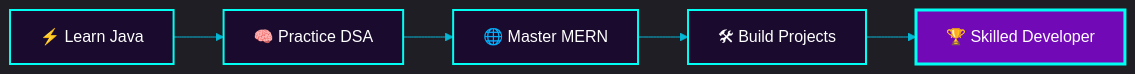
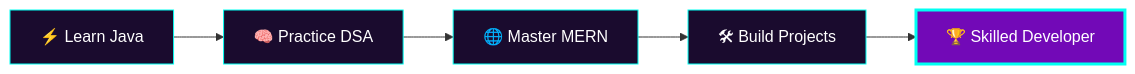
The diagram in README.md (viveknshetty24-rgb/viveknshetty24-rgb), drawn with Mermaid before and after one commit. The commit also changed other lines of this file, not shown here.

````diff
--- a/README.md
+++ b/README.md
@@ -115,14 +102,15 @@
 ```mermaid
-%%{init: {'theme':'dark', 'themeVariables': {'primaryColor':'#1a0b2e','primaryTextColor':'#00fff2','primaryBorderColor':'#b026ff','lineColor':'#06b6d4','background':'#000000'}}}%%
 flowchart LR
-    A[⚡ Learn Java] --> B[🧠 Practice DSA]
-    B --> C[🌐 Master MERN]
-    C --> D[🛠 Build Projects]
-    D --> E[🏆 Skilled Developer]
 
-    style A fill:#1a0b2e,stroke:#00fff2,color:#fff,stroke-width:2px
-    style B fill:#1a0b2e,stroke:#00fff2,color:#fff,stroke-width:2px
-    style C fill:#1a0b2e,stroke:#00fff2,color:#fff,stroke-width:2px
-    style D fill:#1a0b2e,stroke:#00fff2,color:#fff,stroke-width:2px
-    style E fill:#7209b7,stroke:#00fff2,color:#fff,stroke-width:3px
+A[⚡ Learn Java]
+--> B[🧠 Practice DSA]
+--> C[🌐 Master MERN]
+--> D[🛠 Build Projects]
+--> E[🏆 Skilled Developer]
+
+style A fill:#1a0b2e,stroke:#00fff2,color:#fff
+style B fill:#1a0b2e,stroke:#00fff2,color:#fff
+style C fill:#1a0b2e,stroke:#00fff2,color:#fff
+style D fill:#1a0b2e,stroke:#00fff2,color:#fff
+style E fill:#7209b7,stroke:#00fff2,color:#fff,stroke-width:3px
 ```
````
